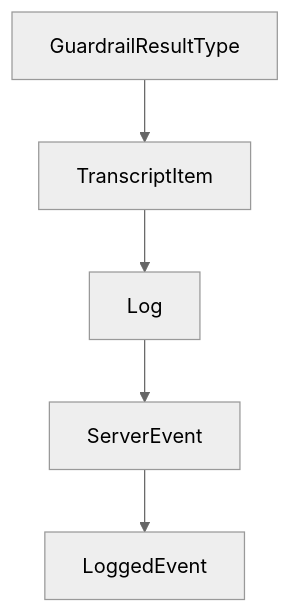
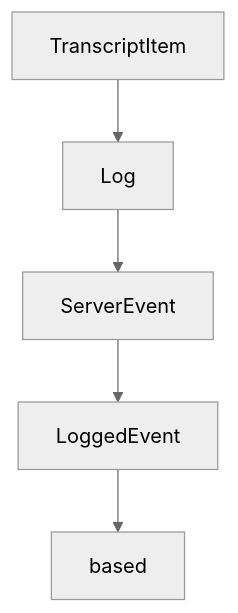
Before and after one commit to johnxie/awesome-code-docs: the diagram in tutorials/openai-realtime-agents-tutorial/02-realtime-api-fundamentals.md, drawn with Mermaid (neutral theme). The commit also changed other lines of this file and 1232 other files, not shown here.

````diff
--- a/tutorials/openai-realtime-agents-tutorial/02-realtime-api-fundamentals.md
+++ b/tutorials/openai-realtime-agents-tutorial/02-realtime-api-fundamentals.md
@@ -255,12 +241,12 @@
 ```mermaid
 flowchart TD
-    A[GuardrailResultType]
-    B[TranscriptItem]
-    C[Log]
-    D[ServerEvent]
-    E[LoggedEvent]
+    A[TranscriptItem]
+    B[Log]
+    C[ServerEvent]
+    D[LoggedEvent]
+    E[based]
     A --> B
     B --> C
     C --> D
     D --> E
 ```
````
